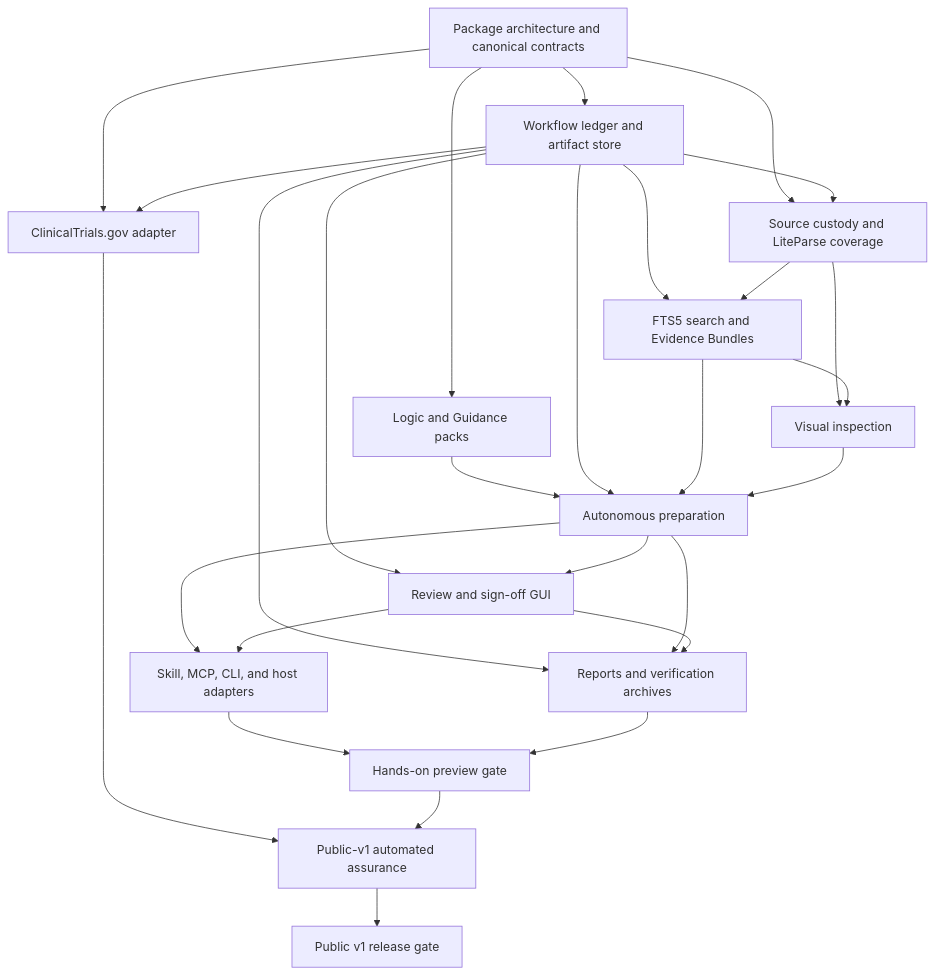
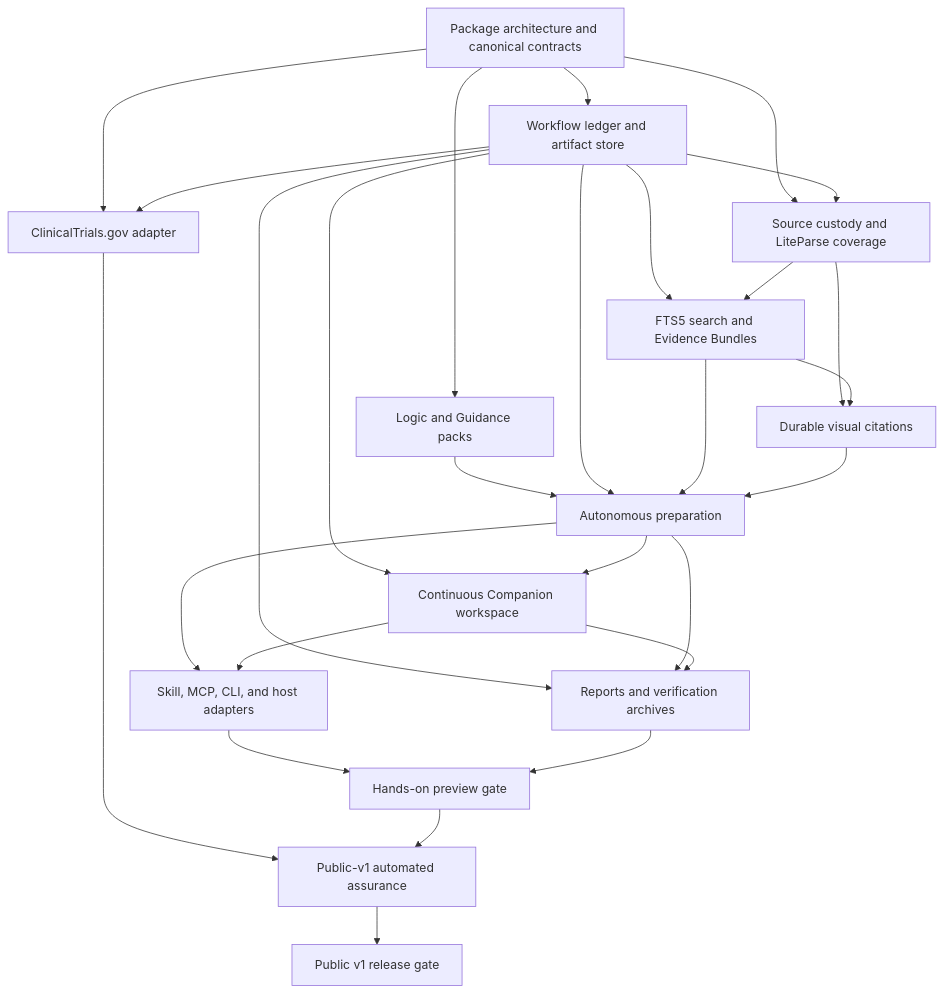
Before and after one commit to AliSalman-et-al/rob2-kit: the diagram in docs/IMPLEMENTATION-BACKLOG.md, drawn with Mermaid. The commit also changed other lines of this file and 1 other file, not shown here.

First line of the commit message:
Define the companion workspace implementation plan

````diff
--- a/docs/IMPLEMENTATION-BACKLOG.md
+++ b/docs/IMPLEMENTATION-BACKLOG.md
@@ -33,44 +33,44 @@
 ```mermaid
 flowchart TD
     foundation["Package architecture and canonical contracts"]
     logic["Logic and Guidance packs"]
     ledger["Workflow ledger and artifact store"]
     ingestion["Source custody and LiteParse coverage"]
     registry["ClinicalTrials.gov adapter"]
     evidence["FTS5 search and Evidence Bundles"]
-    visuals["Visual inspection"]
+    visuals["Durable visual citations"]
     preparation["Autonomous preparation"]
-    review["Review and sign-off GUI"]
+    review["Continuous Companion workspace"]
     interfaces["Skill, MCP, CLI, and host adapters"]
     reports["Reports and verification archives"]
     preview["Hands-on preview gate"]
     hardening["Public-v1 automated assurance"]
     release["Public v1 release gate"]
 
     foundation --> logic
     foundation --> ledger
     foundation --> ingestion
     foundation --> registry
     ledger --> ingestion
     ledger --> registry
     ledger --> evidence
     ingestion --> evidence
     ingestion --> visuals
     evidence --> visuals
     logic --> preparation
     ledger --> preparation
     evidence --> preparation
     visuals --> preparation
     ledger --> review
     preparation --> review
     preparation --> interfaces
     review --> interfaces
     ledger --> reports
     preparation --> reports
     review --> reports
     interfaces --> preview
     reports --> preview
     registry --> hardening
     preview --> hardening
     hardening --> release
 ```
````
